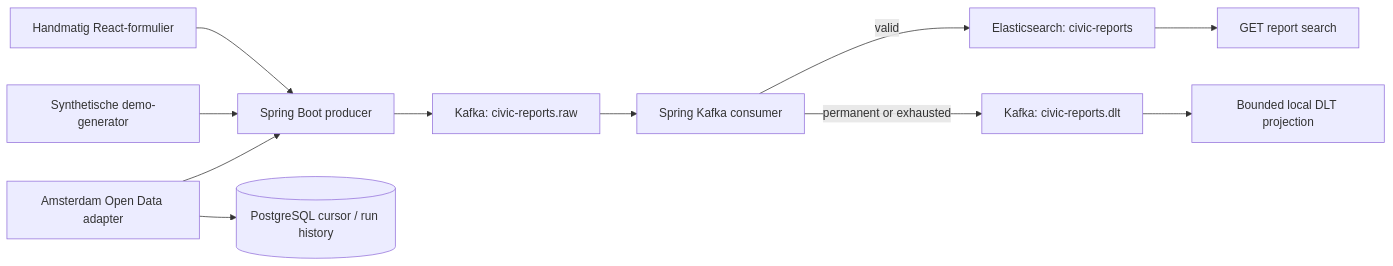
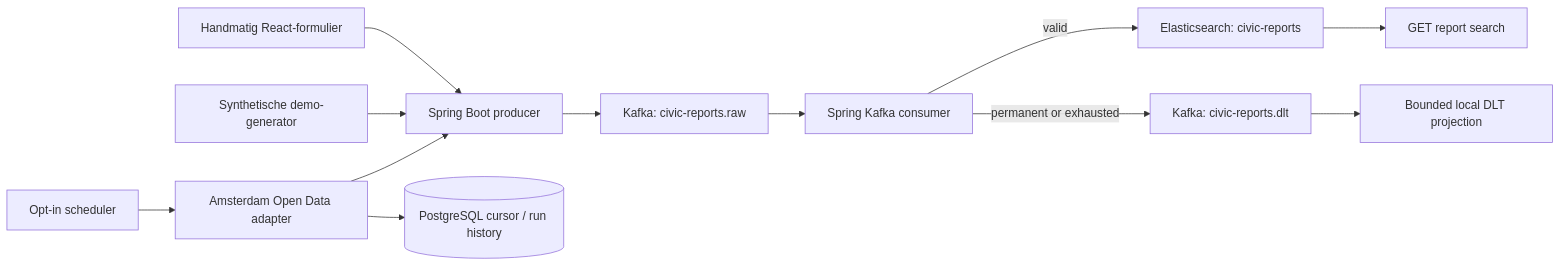
Before and after one commit to salahooo/CivicSignalNL: the diagram in docs/architecture.md, drawn with Mermaid. The commit also changed 10 other files, not shown here.

````diff
--- a/docs/architecture.md
+++ b/docs/architecture.md
@@ -3,13 +3,14 @@
 ```mermaid
 flowchart LR
     A[Handmatig React-formulier] --> B[Spring Boot producer]
     X[Synthetische demo-generator] --> B
-    Y[Amsterdam Open Data adapter] --> P[(PostgreSQL cursor / run history)]
+    S[Opt-in scheduler] --> Y[Amsterdam Open Data adapter]
+    Y --> P[(PostgreSQL cursor / run history)]
     Y --> B
     B --> C[Kafka: civic-reports.raw]
     C --> D[Spring Kafka consumer]
     D -->|valid| E[Elasticsearch: civic-reports]
     D -->|permanent or exhausted| G[Kafka: civic-reports.dlt]
     G --> H[Bounded local DLT projection]
     E --> F[GET report search]
 ```
````
